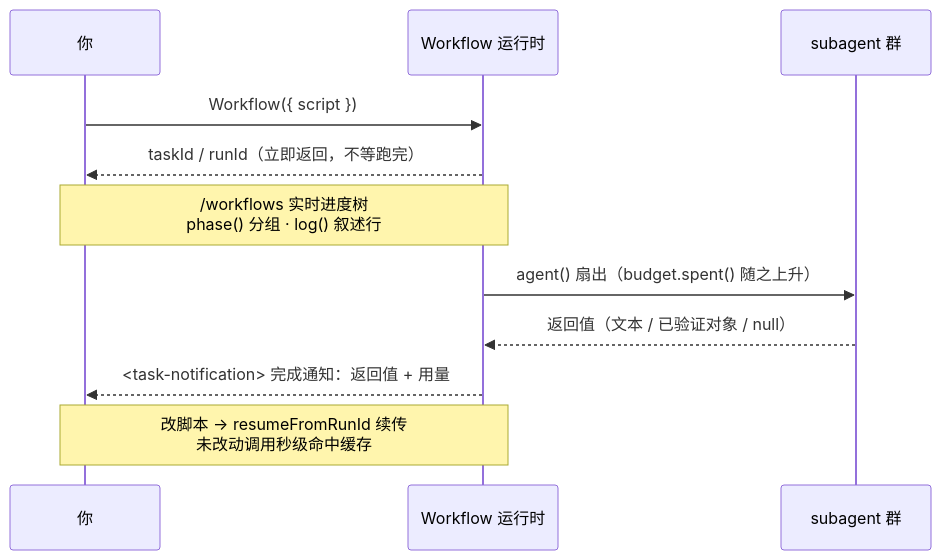
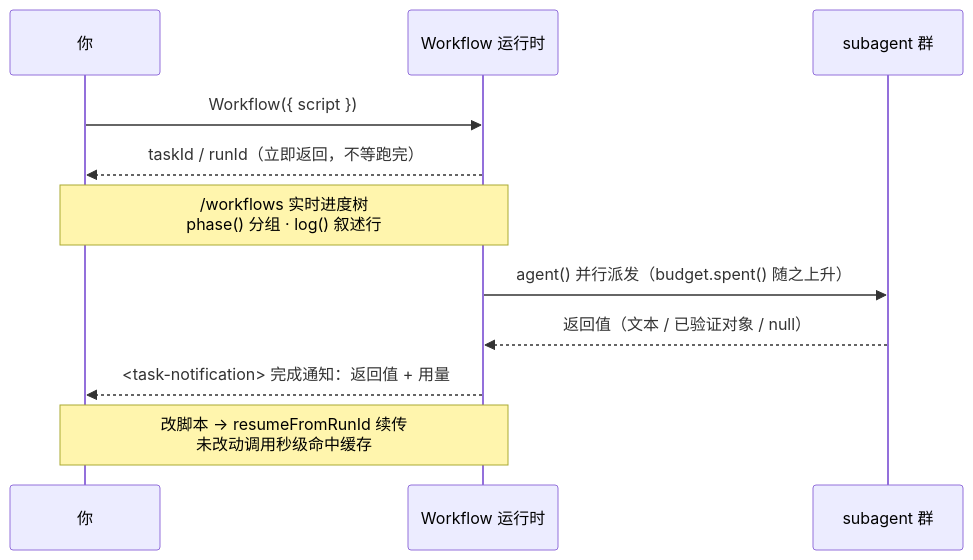
One commit to AGI-is-going-to-arrive/workflow-cookbook changed the diagram in docs/zh/p2-09-progress-and-budget.md. Above: the diagram before and after it, drawn with Mermaid. The commit also changed other lines of this file and 78 other files, not shown here.

````diff
--- a/docs/zh/p2-09-progress-and-budget.md
+++ b/docs/zh/p2-09-progress-and-budget.md
@@ -11,13 +11,13 @@
 ```mermaid
 sequenceDiagram
     participant You as 你
     participant WF as Workflow 运行时
     participant A as subagent 群
     You->>WF: Workflow({ script })
     WF-->>You: taskId / runId（立即返回，不等跑完）
     Note over You,WF: /workflows 实时进度树<br/>phase() 分组 · log() 叙述行
-    WF->>A: agent() 扇出（budget.spent() 随之上升）
+    WF->>A: agent() 并行派发（budget.spent() 随之上升）
     A-->>WF: 返回值（文本 / 已验证对象 / null）
     WF-->>You: <task-notification> 完成通知：返回值 + 用量
     Note over You,WF: 改脚本 → resumeFromRunId 续传<br/>未改动调用秒级命中缓存
 ```
````
